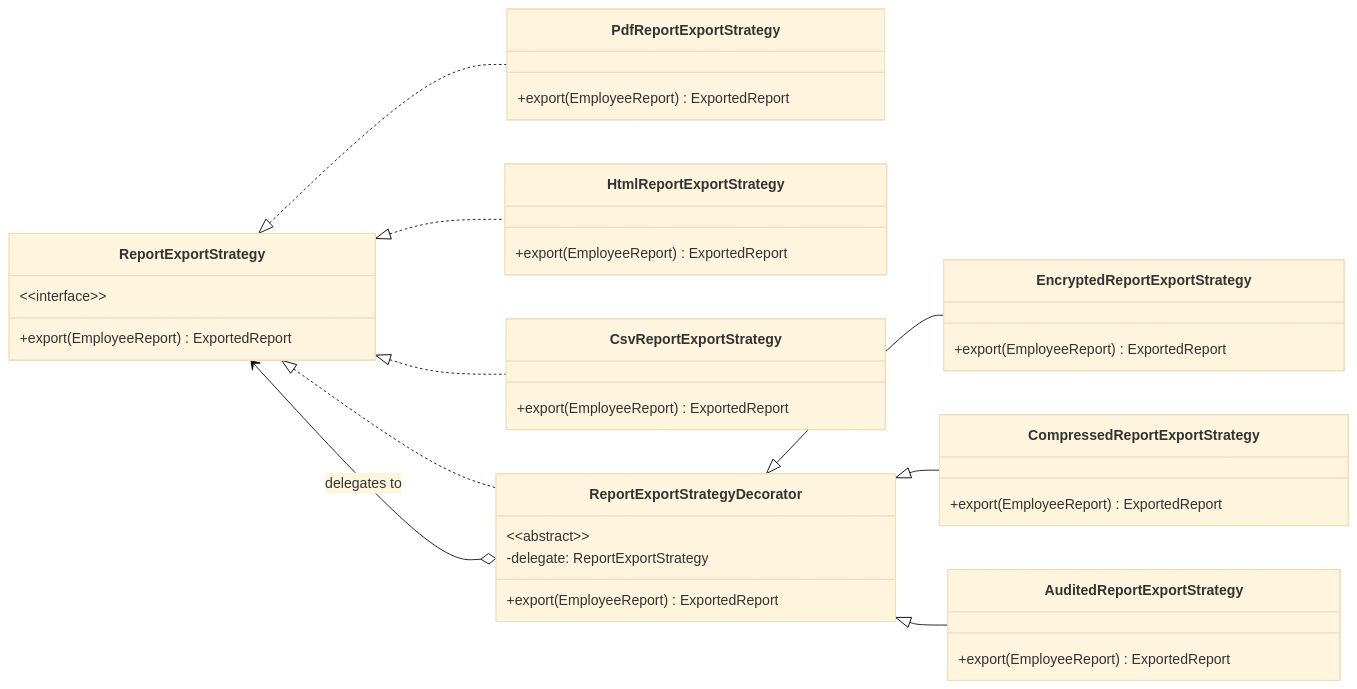
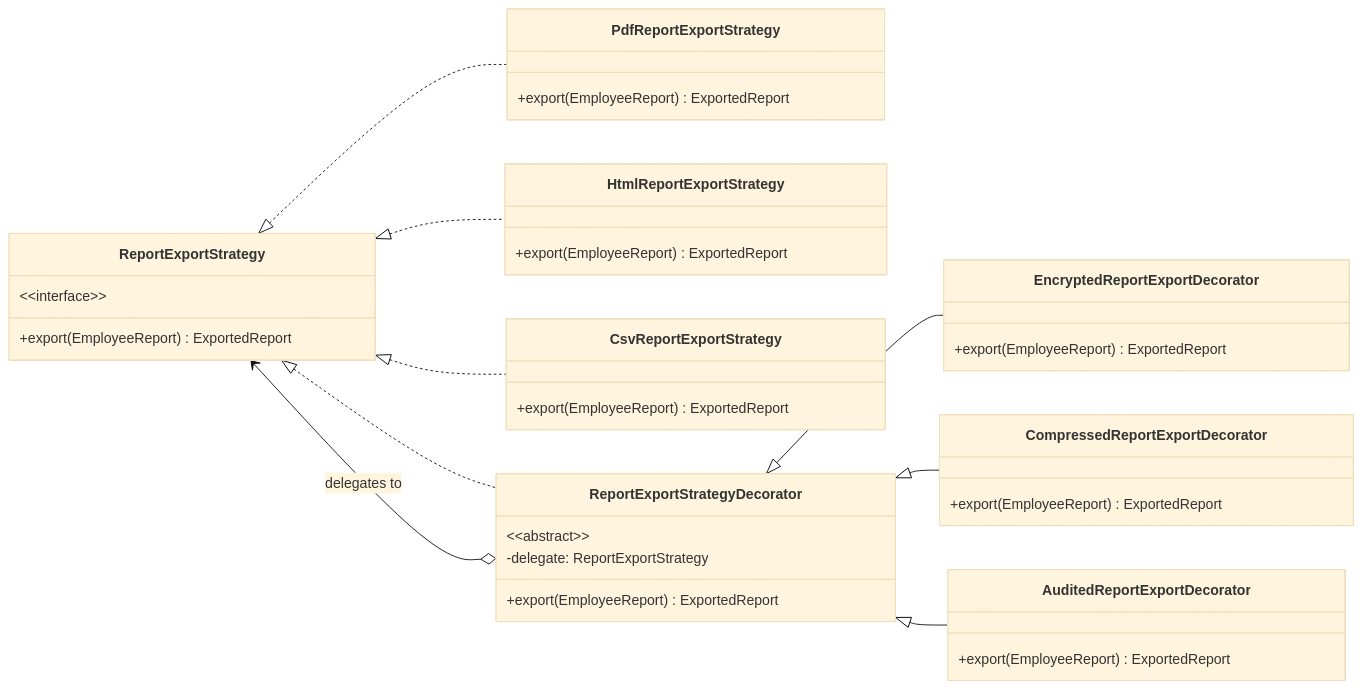
One commit to shawshubham/shawshubham.github.io changed the third of 4 diagrams in content/learning/advanced-skills/low-level-design/4_structural-design-patterns/4_8_decorator-pattern-part1.md. Above: the diagram before and after it, drawn with Mermaid (base theme). The commit also changed other lines of this file and 42 other files, not shown here.

````diff
--- a/content/learning/advanced-skills/low-level-design/4_structural-design-patterns/4_8_decorator-pattern-part1.md
+++ b/content/learning/advanced-skills/low-level-design/4_structural-design-patterns/4_8_decorator-pattern-part1.md
@@ -225,46 +247,46 @@
 ```mermaid
 classDiagram
 direction LR
 
 class ReportExportStrategy {
   &lt;&lt;interface&gt;&gt;
   +export(EmployeeReport) ExportedReport
 }
 
 class PdfReportExportStrategy {
   +export(EmployeeReport) ExportedReport
 }
 class HtmlReportExportStrategy {
   +export(EmployeeReport) ExportedReport
 }
 class CsvReportExportStrategy {
   +export(EmployeeReport) ExportedReport
 }
 
 ReportExportStrategy <|.. PdfReportExportStrategy
 ReportExportStrategy <|.. HtmlReportExportStrategy
 ReportExportStrategy <|.. CsvReportExportStrategy
 
 class ReportExportStrategyDecorator {
   &lt;&lt;abstract&gt;&gt;
   -delegate: ReportExportStrategy
   +export(EmployeeReport) ExportedReport
 }
 
 ReportExportStrategy <|.. ReportExportStrategyDecorator
 ReportExportStrategyDecorator o--> ReportExportStrategy : delegates to
 
-class EncryptedReportExportStrategy {
+class EncryptedReportExportDecorator {
   +export(EmployeeReport) ExportedReport
 }
-class CompressedReportExportStrategy {
+class CompressedReportExportDecorator {
   +export(EmployeeReport) ExportedReport
 }
-class AuditedReportExportStrategy {
+class AuditedReportExportDecorator {
   +export(EmployeeReport) ExportedReport
 }
 
-ReportExportStrategyDecorator <|-- EncryptedReportExportStrategy
-ReportExportStrategyDecorator <|-- CompressedReportExportStrategy
-ReportExportStrategyDecorator <|-- AuditedReportExportStrategy
+ReportExportStrategyDecorator <|-- EncryptedReportExportDecorator
+ReportExportStrategyDecorator <|-- CompressedReportExportDecorator
+ReportExportStrategyDecorator <|-- AuditedReportExportDecorator
 ```
````
